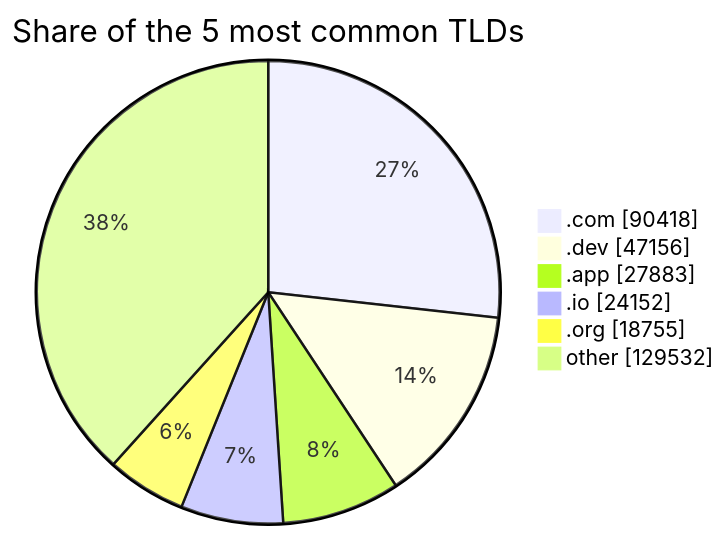
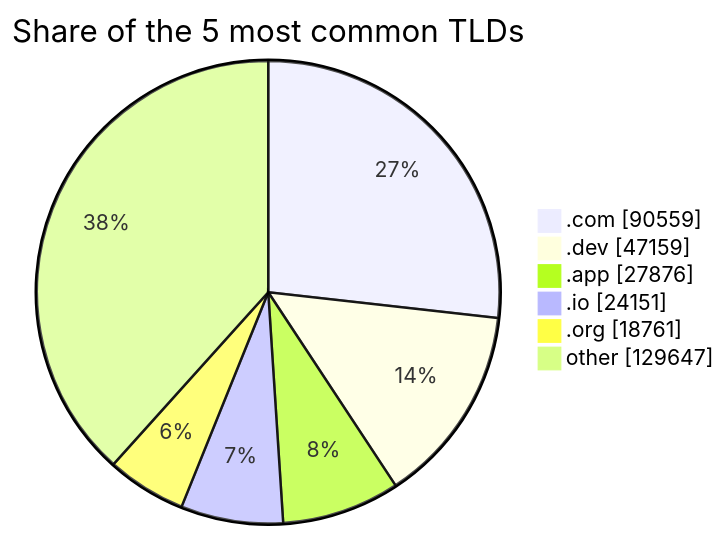
One commit to DNSBunker/CTI changed the third of 3 diagrams in README.md. Above: the diagram before and after it, drawn with Mermaid. The commit also changed other lines of this file and 3 other files, not shown here.

````diff
--- a/README.md
+++ b/README.md
@@ -81,9 +81,9 @@
 ```mermaid
 pie showData title Share of the 5 most common TLDs
-    ".com" : 90418
-    ".dev" : 47156
-    ".app" : 27883
-    ".io" : 24152
-    ".org" : 18755
-    "other" : 129532
+    ".com" : 90559
+    ".dev" : 47159
+    ".app" : 27876
+    ".io" : 24151
+    ".org" : 18761
+    "other" : 129647
 ```
````
